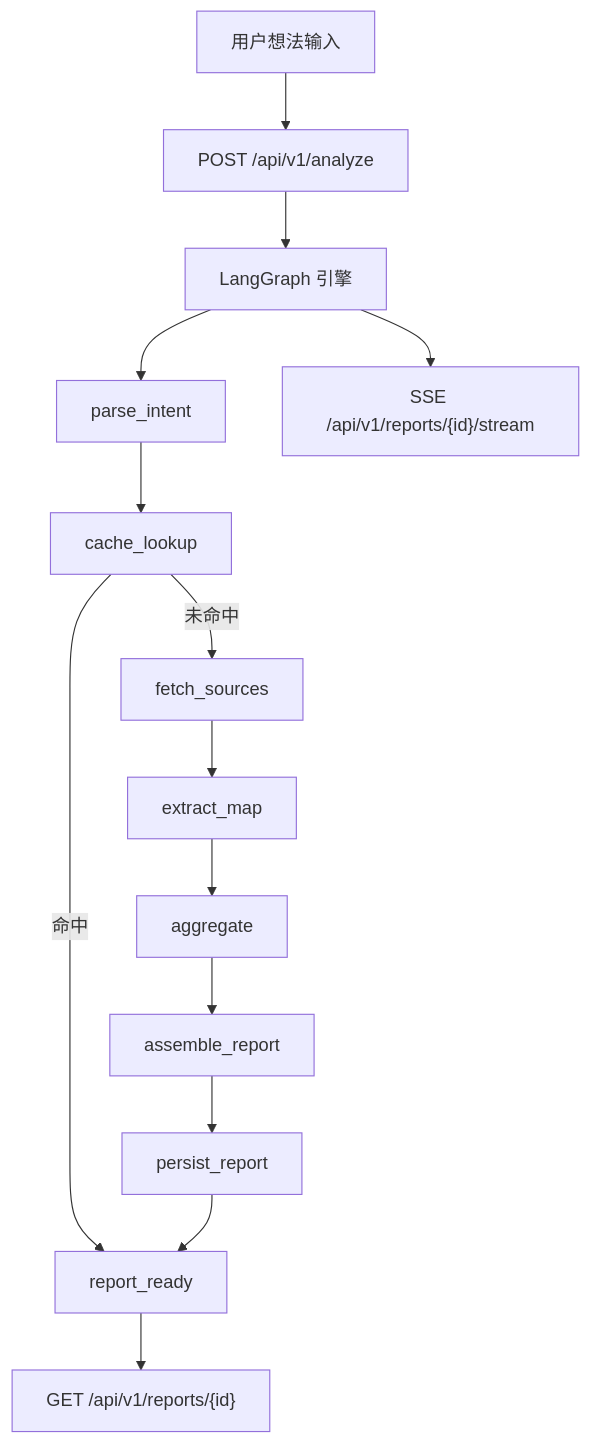
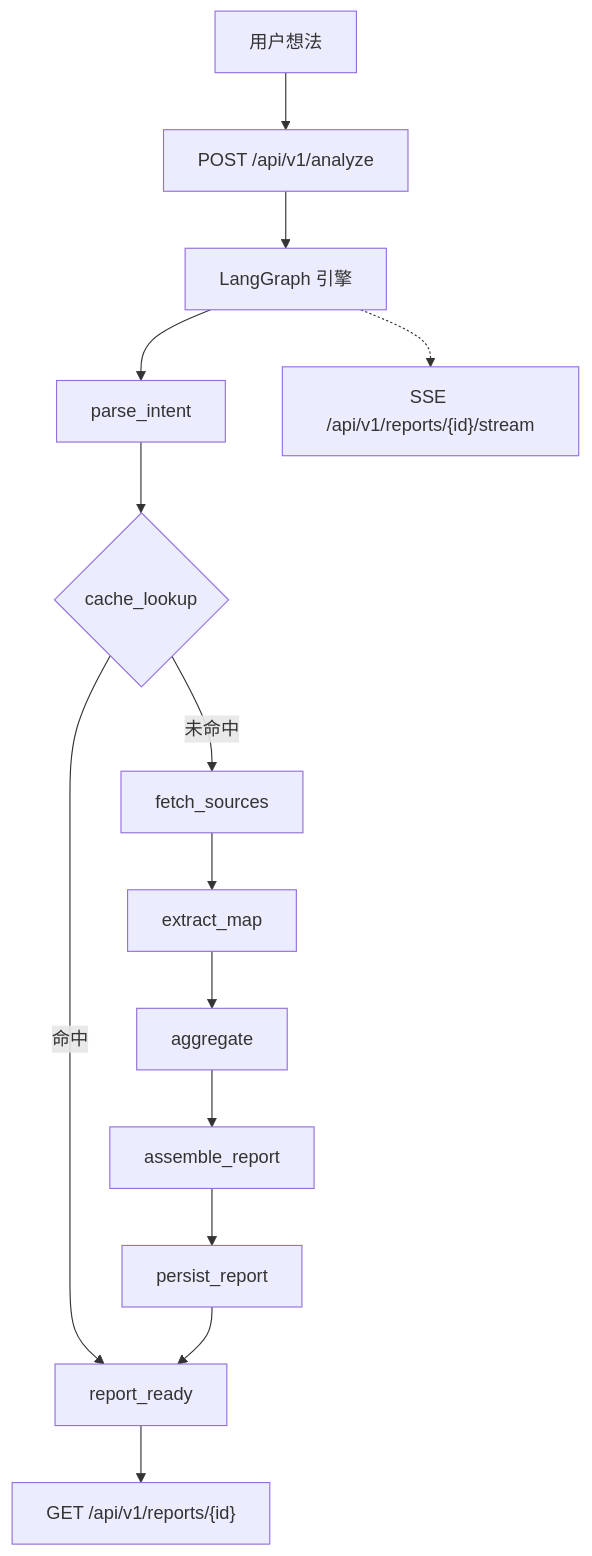
One commit to Tendo33/IdeaGo changed the diagram in README_CN.md. Above: the diagram before and after it, drawn with Mermaid. The commit also changed other lines of this file and 1 other file, not shown here.

````diff
--- a/README_CN.md
+++ b/README_CN.md
@@ -90,16 +159,16 @@
 ```mermaid
 flowchart TD
-    A["用户想法输入"] --> B["POST /api/v1/analyze"]
+    A["用户想法"] --> B["POST /api/v1/analyze"]
     B --> C["LangGraph 引擎"]
     C --> D["parse_intent"]
-    D --> E["cache_lookup"]
+    D --> E{"cache_lookup"}
     E -->|命中| F["report_ready"]
     E -->|未命中| G["fetch_sources"]
     G --> H["extract_map"]
     H --> I["aggregate"]
     I --> J["assemble_report"]
     J --> K["persist_report"]
     K --> F
     F --> L["GET /api/v1/reports/{id}"]
-    C --> M["SSE /api/v1/reports/{id}/stream"]
+    C -.-> M["SSE /api/v1/reports/{id}/stream"]
 ```
````
